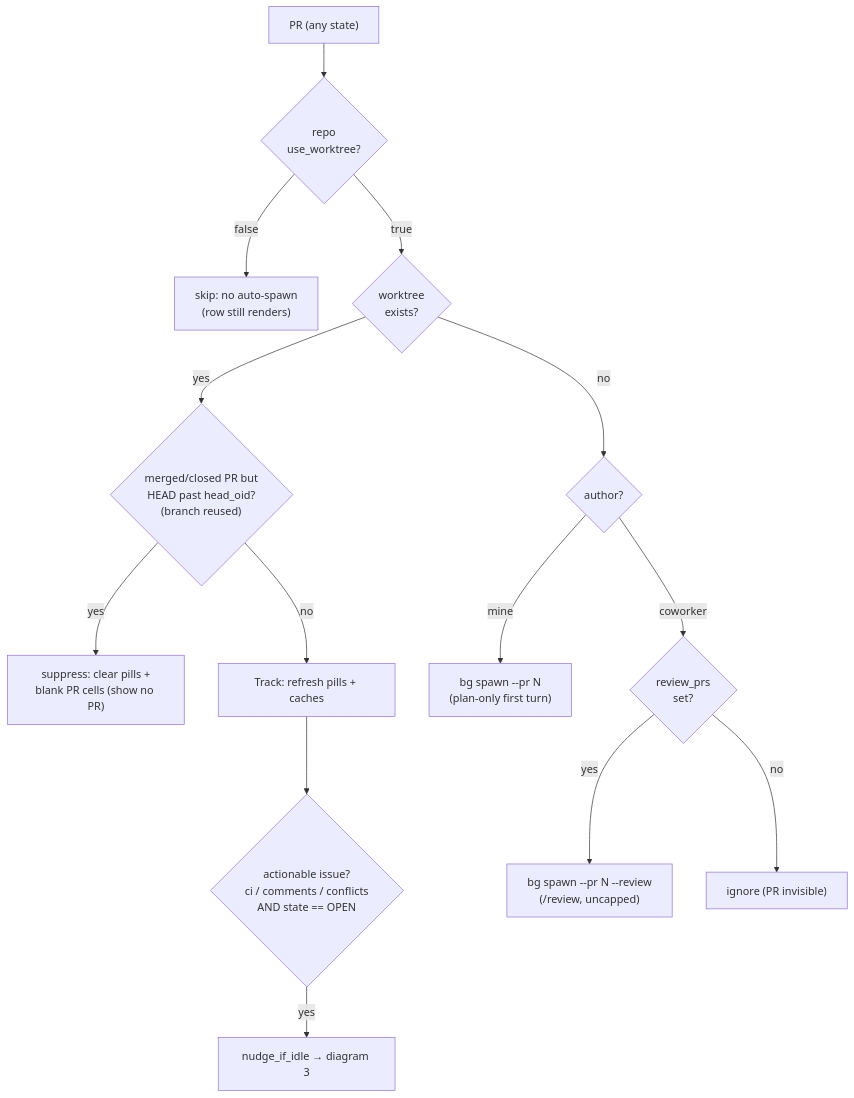
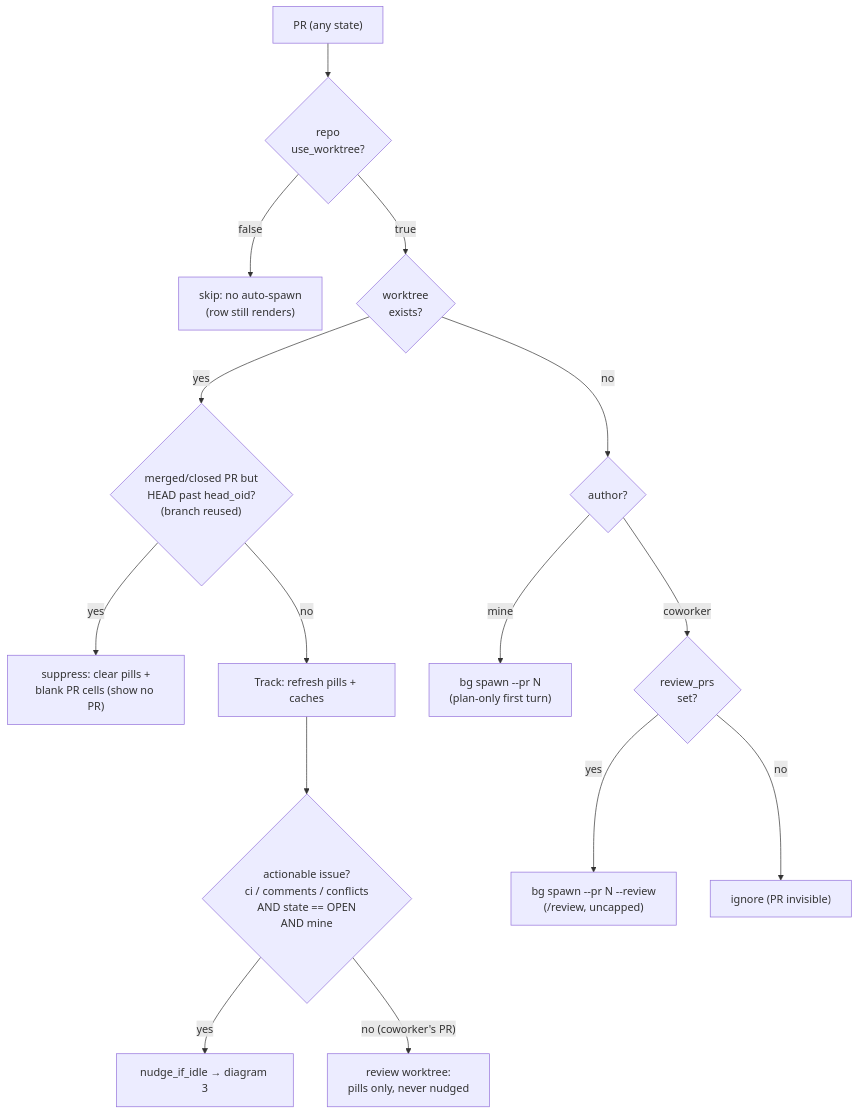
The second of 5 diagrams in docs/state-machine.md (khivi/cockpit), drawn with Mermaid before and after one commit. The commit also changed other lines of this file and 18 other files, not shown here.

````diff
--- a/docs/state-machine.md
+++ b/docs/state-machine.md
@@ -89,18 +95,19 @@
 ```mermaid
 flowchart TD
   P["PR (any state)"] --> IP{"repo<br/>use_worktree?"}
   IP -->|"false"| SKIP["skip: no auto-spawn<br/>(row still renders)"]
   IP -->|"true"| WT{"worktree<br/>exists?"}
 
   WT -->|yes| REUSE{"merged/closed PR but<br/>HEAD past head_oid?<br/>(branch reused)"}
   REUSE -->|yes| SUP["suppress: clear pills +<br/>blank PR cells (show no PR)"]
   REUSE -->|no| TRACK["Track: refresh pills + caches"]
-  TRACK --> ACT{"actionable issue?<br/>ci / comments / conflicts<br/>AND state == OPEN"}
+  TRACK --> ACT{"actionable issue?<br/>ci / comments / conflicts<br/>AND state == OPEN<br/>AND mine"}
   ACT -->|yes| NUDGE["nudge_if_idle → diagram 3"]
+  ACT -->|"no (coworker's PR)"| RONLY["review worktree:<br/>pills only, never nudged"]
 
   WT -->|no| WHO{"author?"}
   WHO -->|mine| SP["bg spawn --pr N<br/>(plan-only first turn)"]
   WHO -->|coworker| RV{"review_prs<br/>set?"}
   RV -->|yes| SPR["bg spawn --pr N --review<br/>(/review, uncapped)"]
   RV -->|no| IG["ignore (PR invisible)"]
 ```
````
